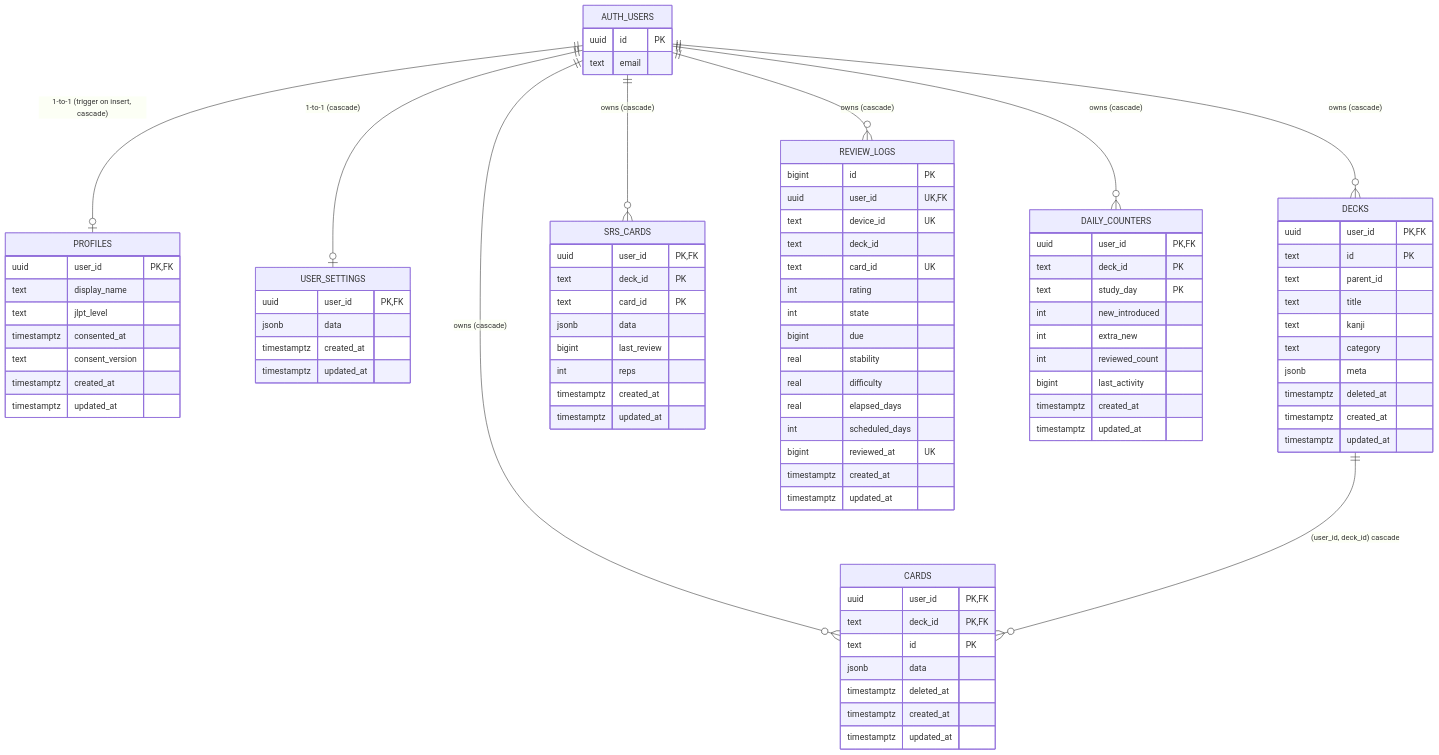
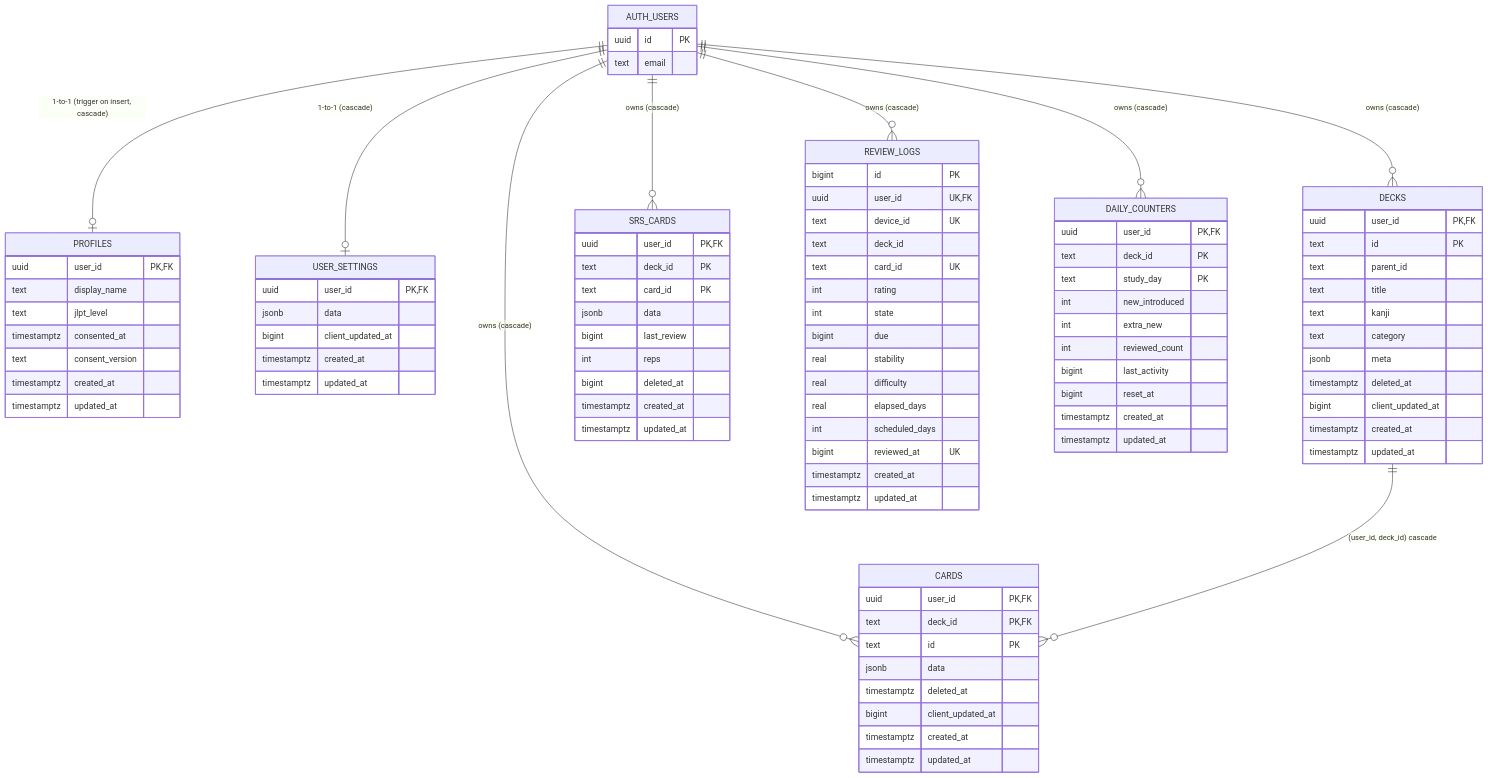
Before and after one commit to i8know/GoRaku: the diagram in docs/akun/erd.md, drawn with Mermaid. The commit also changed other lines of this file and 3 other files, not shown here.

```diff
--- a/docs/akun/erd.md
+++ b/docs/akun/erd.md
@@ -31,6 +31,7 @@
   USER_SETTINGS {
     uuid user_id PK,FK
     jsonb data
+    bigint client_updated_at
     timestamptz created_at
     timestamptz updated_at
   }
@@ -44,6 +45,7 @@
     text category
     jsonb meta
     timestamptz deleted_at
+    bigint client_updated_at
     timestamptz created_at
     timestamptz updated_at
   }
@@ -54,6 +56,7 @@
     text id PK
     jsonb data
     timestamptz deleted_at
+    bigint client_updated_at
     timestamptz created_at
     timestamptz updated_at
   }
@@ -65,6 +68,7 @@
     jsonb data
     bigint last_review
     int reps
+    bigint deleted_at
     timestamptz created_at
     timestamptz updated_at
   }
@@ -95,6 +99,7 @@
     int extra_new
     int reviewed_count
     bigint last_activity
+    bigint reset_at
     timestamptz created_at
     timestamptz updated_at
   }
```
